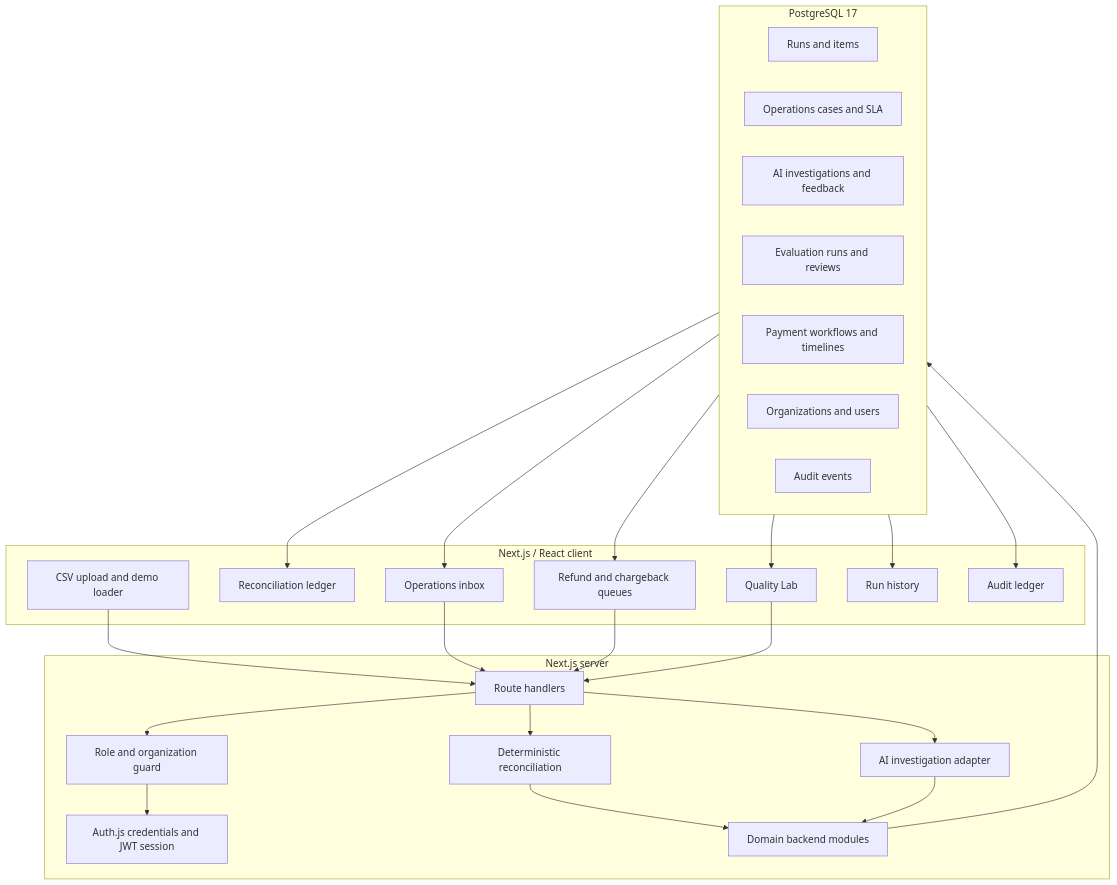
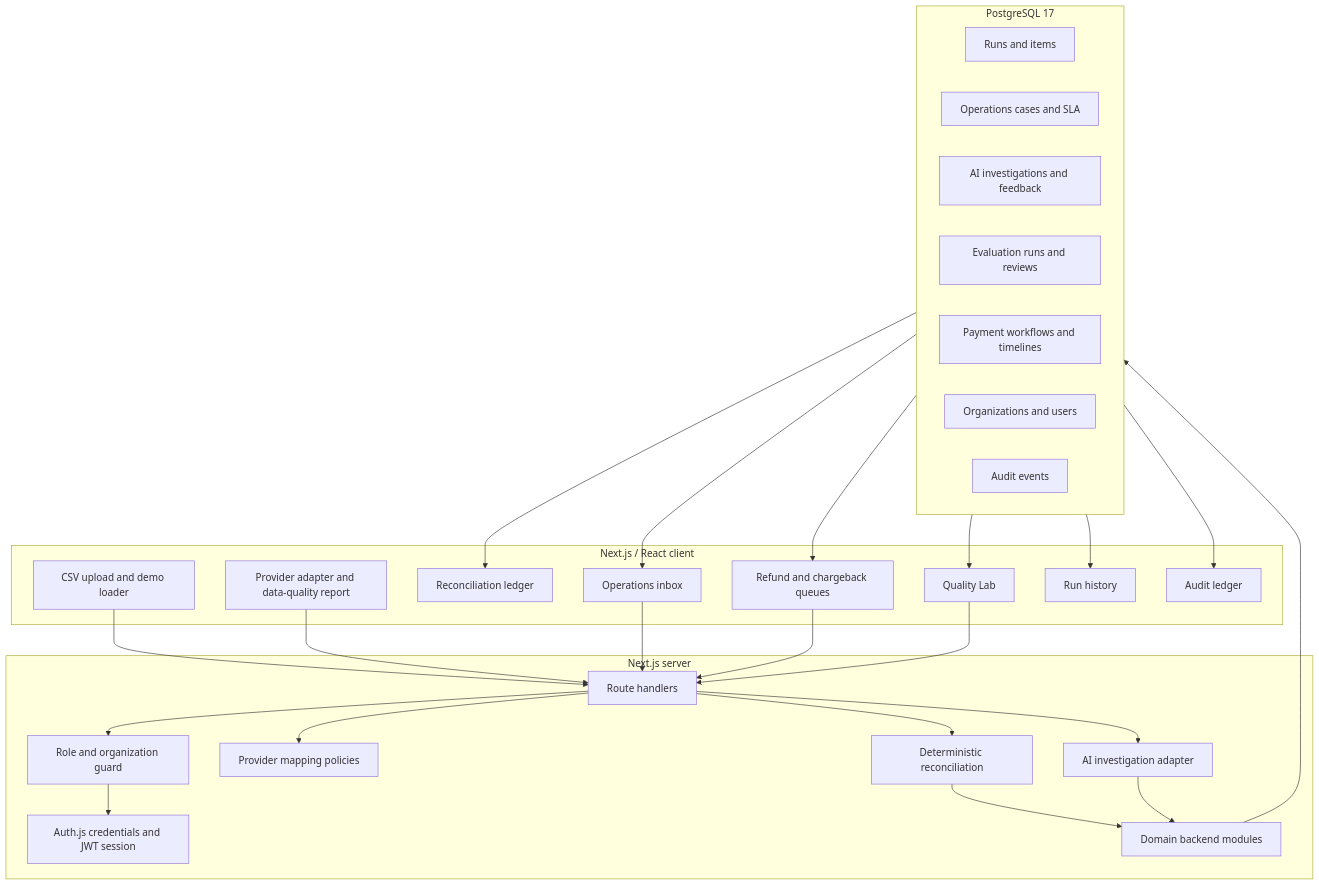
The diagram in docs/portfolio/ARCHITECTURE.md (himanisharrma/payops-copilot), drawn with Mermaid before and after one commit. The commit also changed other lines of this file and 15 other files, not shown here.

Commit message:
Add provider adapter foundation

````diff
--- a/docs/portfolio/ARCHITECTURE.md
+++ b/docs/portfolio/ARCHITECTURE.md
@@ -8,49 +8,53 @@
 ```mermaid
 flowchart TB
     subgraph Client["Next.js / React client"]
       Upload[CSV upload and demo loader]
+      ProviderUI[Provider adapter and data-quality report]
       Ledger[Reconciliation ledger]
       Ops[Operations inbox]
       Lifecycles[Refund and chargeback queues]
       Quality[Quality Lab]
       History[Run history]
       AuditUI[Audit ledger]
     end
 
     subgraph Server["Next.js server"]
       Auth[Auth.js credentials and JWT session]
       Routes[Route handlers]
       Engine[Deterministic reconciliation]
+      ProviderPolicy[Provider mapping policies]
       Investigator[AI investigation adapter]
       Access[Role and organization guard]
       Modules[Domain backend modules]
     end
 
     subgraph Data["PostgreSQL 17"]
       Runs[Runs and items]
       Cases[Operations cases and SLA]
       AI[AI investigations and feedback]
       Evals[Evaluation runs and reviews]
       Workflows[Payment workflows and timelines]
       Identity[Organizations and users]
       Events[Audit events]
     end
 
     Upload --> Routes
+    ProviderUI --> Routes
     Routes --> Access
     Access --> Auth
     Routes --> Engine
+    Routes --> ProviderPolicy
     Engine --> Modules
     Ops --> Routes
     Lifecycles --> Routes
     Quality --> Routes
     Routes --> Investigator
     Investigator --> Modules
     Modules --> Data
     Data --> Ledger
     Data --> Ops
     Data --> Lifecycles
     Data --> Quality
     Data --> History
     Data --> AuditUI
 ```
````
